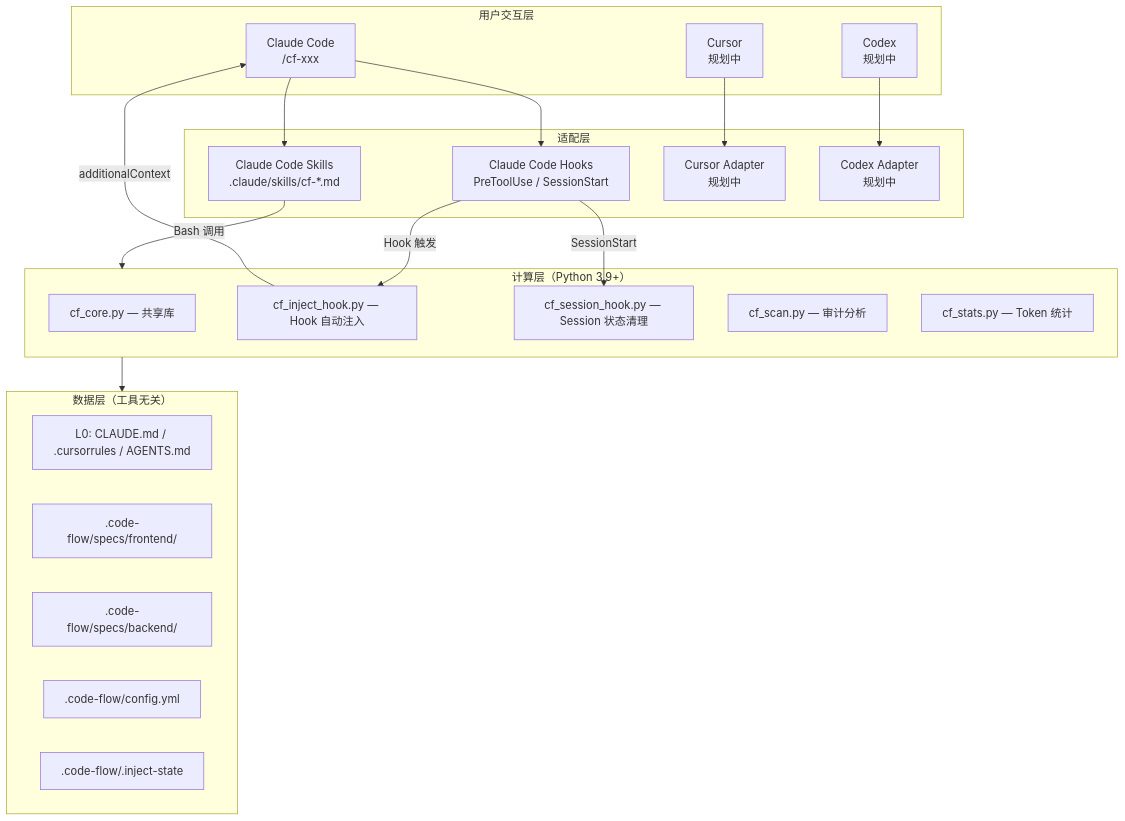
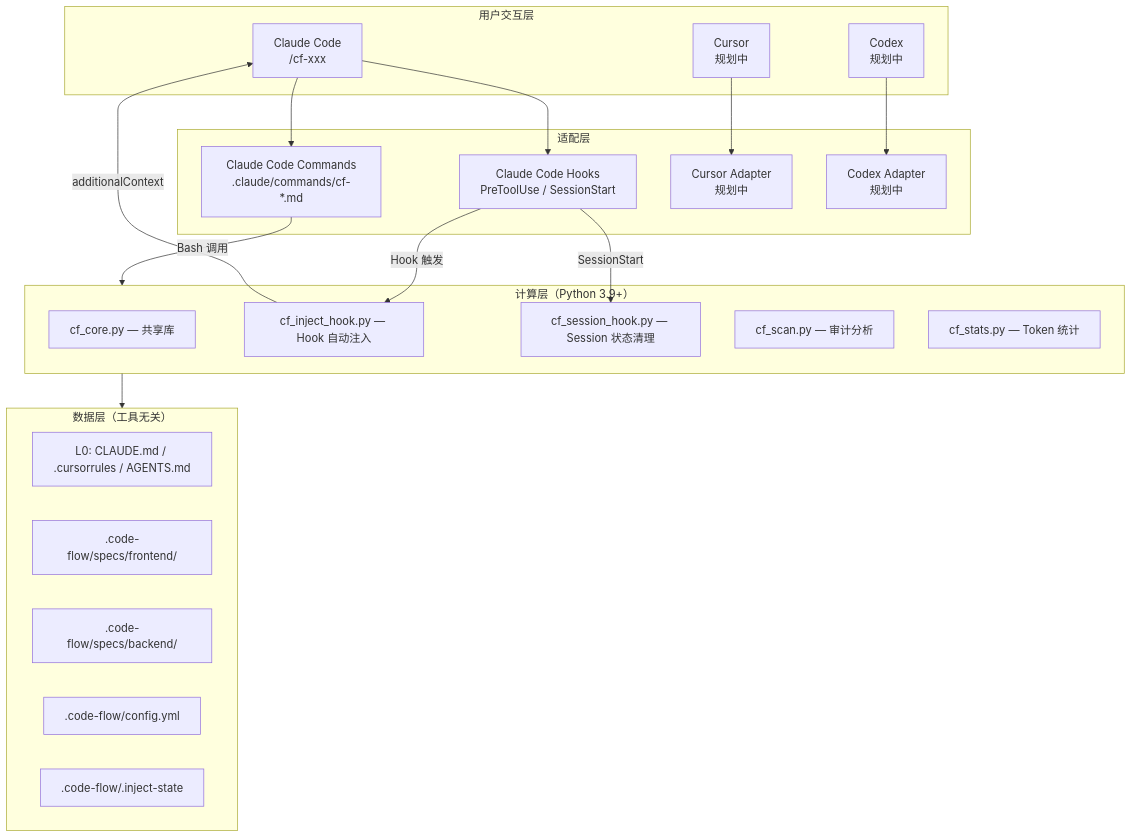
The first of 3 diagrams in docs/SFRD-TS-03-1.4_V1.4_code-flow_微型设计说明书.md (Michaelxwb/code_flow), drawn with Mermaid before and after one commit. The commit also changed other lines of this file and 25 other files, not shown here.

````diff
--- a/docs/SFRD-TS-03-1.4_V1.4_code-flow_微型设计说明书.md
+++ b/docs/SFRD-TS-03-1.4_V1.4_code-flow_微型设计说明书.md
@@ -196,41 +196,41 @@
 ```mermaid
 graph TB
     subgraph User["用户交互层"]
         U1[Claude Code<br/>/cf-xxx]
         U2[Cursor<br/>规划中]
         U3[Codex<br/>规划中]
     end
 
     subgraph Adapter["适配层"]
-        A1[Claude Code Skills<br/>.claude/skills/cf-*.md]
+        A1[Claude Code Commands<br/>.claude/commands/cf-*.md]
         A4[Claude Code Hooks<br/>PreToolUse / SessionStart]
         A2[Cursor Adapter<br/>规划中]
         A3[Codex Adapter<br/>规划中]
     end
 
     subgraph Compute["计算层（Python 3.9+）"]
         P1[cf_core.py — 共享库]
         P2[cf_inject_hook.py — Hook 自动注入]
         P3[cf_session_hook.py — Session 状态清理]
         P4[cf_scan.py — 审计分析]
         P5[cf_stats.py — Token 统计]
     end
 
     subgraph Data["数据层（工具无关）"]
         D1[L0: CLAUDE.md / .cursorrules / AGENTS.md]
         D2[.code-flow/specs/frontend/]
         D3[.code-flow/specs/backend/]
         D4[.code-flow/config.yml]
         D5[.code-flow/.inject-state]
     end
 
     U1 --> A1
     U1 --> A4
     U2 --> A2
     U3 --> A3
     A1 -->|Bash 调用| Compute
     A4 -->|Hook 触发| P2
     A4 -->|SessionStart| P3
     Compute --> Data
     P2 -->|additionalContext| U1
 ```
````
